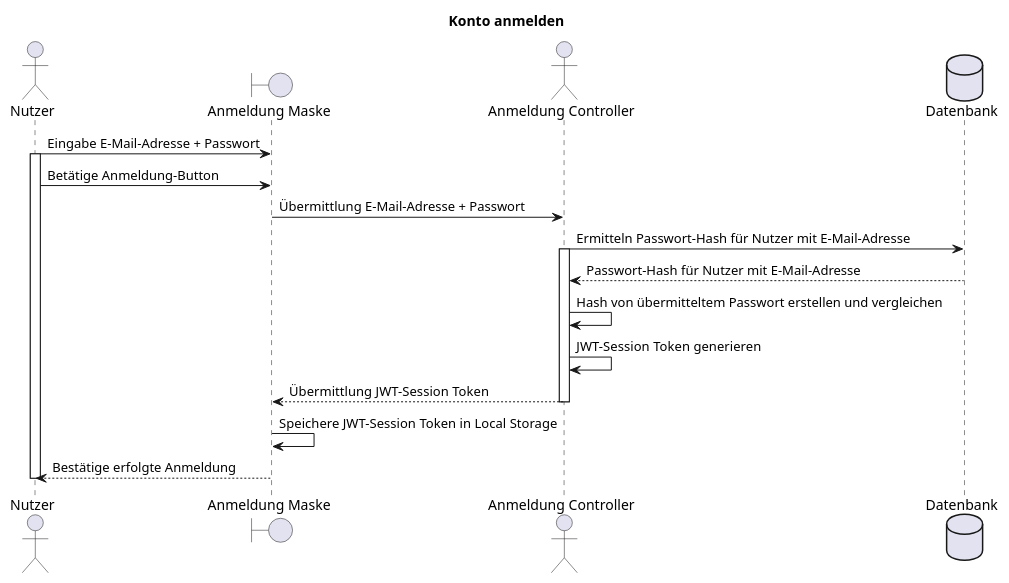
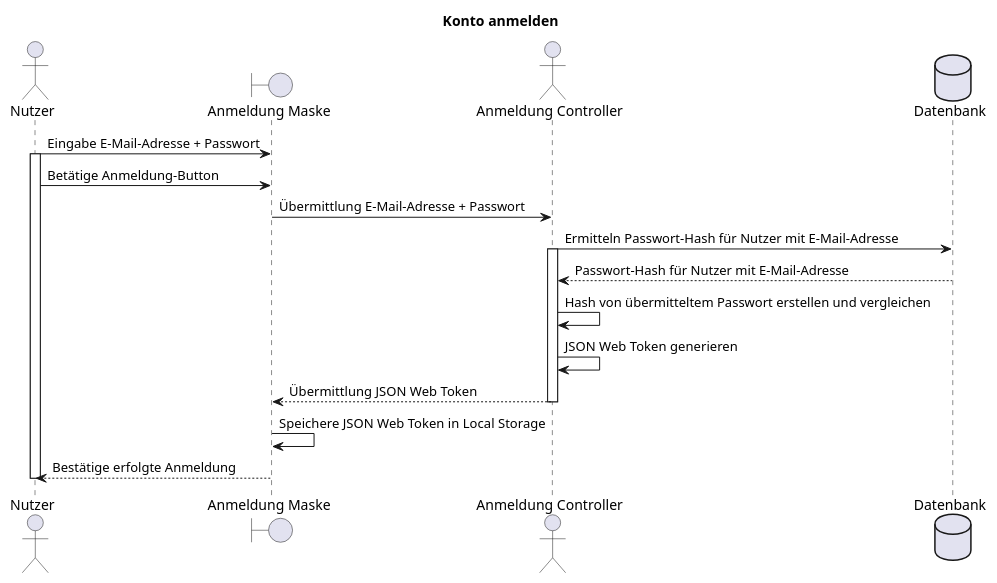
Before and after one commit to party-time-2/party-time: the diagram in doc/F011_kontoAnmelden.plantuml, drawn with PlantUML. The commit also changed 1 other file, not shown here.

Commit message:
JSON Web Token

```diff
--- a/doc/F011_kontoAnmelden.plantuml
+++ b/doc/F011_kontoAnmelden.plantuml
@@ -1,27 +1,27 @@
 @startuml F011_kontoAnmelden
 title "Konto anmelden"
 
 actor "Nutzer" as user
 boundary "Anmeldung Maske" as signInMask
 actor "Anmeldung Controller" as controller
 database "Datenbank" as db
 
 user -> signInMask: Eingabe E-Mail-Adresse + Passwort
 activate user
 user -> signInMask: Betätige Anmeldung-Button
 signInMask -> controller: Übermittlung E-Mail-Adresse + Passwort
 
 controller -> db: Ermitteln Passwort-Hash für Nutzer mit E-Mail-Adresse 
 activate controller
 controller <-- db: Passwort-Hash für Nutzer mit E-Mail-Adresse
 controller -> controller: Hash von übermitteltem Passwort erstellen und vergleichen
 
-controller -> controller: JWT-Session Token generieren
+controller -> controller: JSON Web Token generieren
 
-signInMask <-- controller: Übermittlung JWT-Session Token
+signInMask <-- controller: Übermittlung JSON Web Token
 deactivate controller
 
-signInMask -> signInMask: Speichere JWT-Session Token in Local Storage
+signInMask -> signInMask: Speichere JSON Web Token in Local Storage
 user <-- signInMask: Bestätige erfolgte Anmeldung
 deactivate user
 @enduml
```
